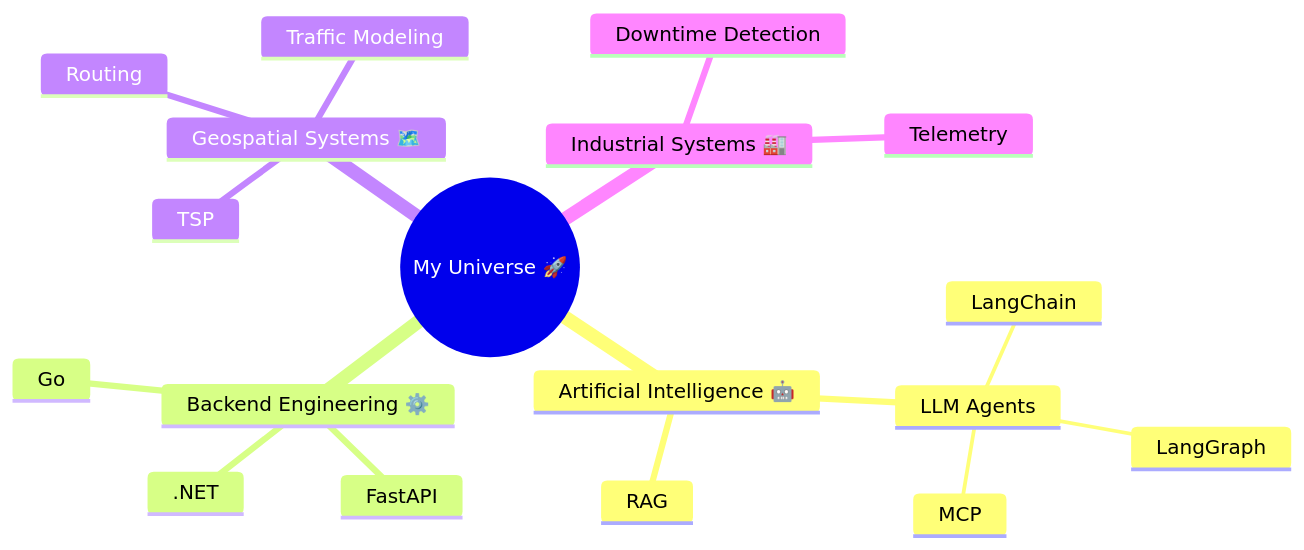
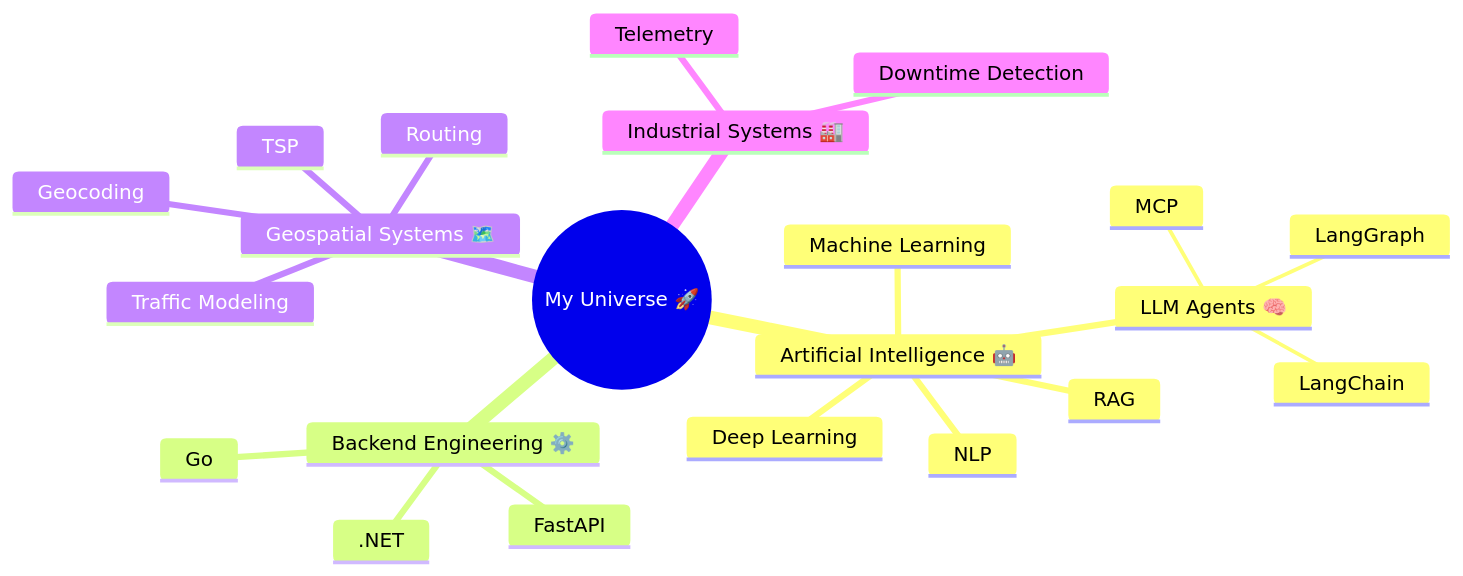
Before and after one commit to Amir-Hossein-shamsi/Amir-Hossein-shamsi: the second of 2 diagrams in README.md, drawn with Mermaid. The commit also changed other lines of this file, not shown here.

````diff
--- a/README.md
+++ b/README.md
@@ -106,21 +162,25 @@
 ```mermaid
 mindmap
   root((My Universe 🚀))
     Artificial Intelligence 🤖
+      Machine Learning
+      Deep Learning
+      NLP
       RAG
-      LLM Agents
+      LLM Agents 🧠
         LangChain
         LangGraph
         MCP
     Backend Engineering ⚙️
-      Go
       FastAPI
       .NET
+      Go
     Geospatial Systems 🗺️
+      Geocoding
       Routing
       TSP
       Traffic Modeling
     Industrial Systems 🏭
       Telemetry
       Downtime Detection
 ```
````
